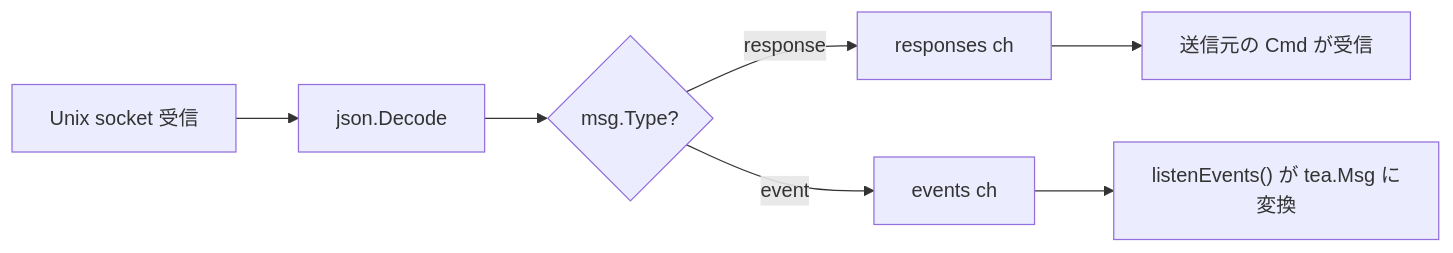
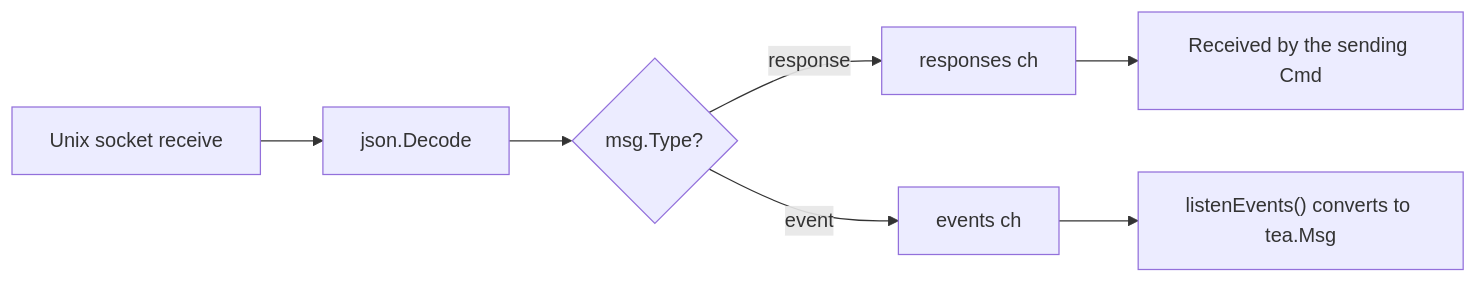
The second of 5 diagrams in docs/ipc.md (takezoh/agent-roost), drawn with Mermaid before and after one commit. The commit also changed other lines of this file and 7 other files, not shown here.

````diff
--- a/docs/ipc.md
+++ b/docs/ipc.md
@@ -92,7 +90,7 @@
 ```mermaid
 flowchart LR
-    sock[Unix socket 受信] --> decode[json.Decode]
+    sock[Unix socket receive] --> decode[json.Decode]
     decode --> check{msg.Type?}
-    check -->|response| resp[responses ch] --> cmd[送信元の Cmd が受信]
-    check -->|event| evt[events ch] --> listen["listenEvents() が tea.Msg に変換"]
+    check -->|response| resp[responses ch] --> cmd[Received by the sending Cmd]
+    check -->|event| evt[events ch] --> listen["listenEvents() converts to tea.Msg"]
 ```
````
